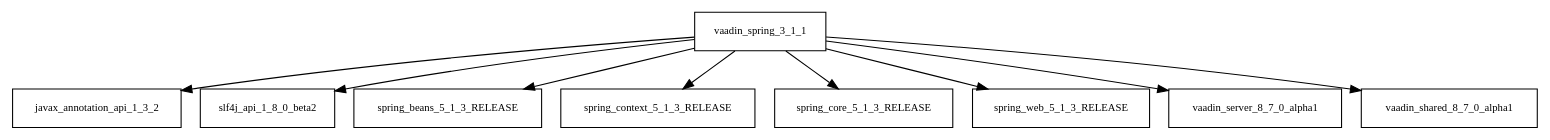
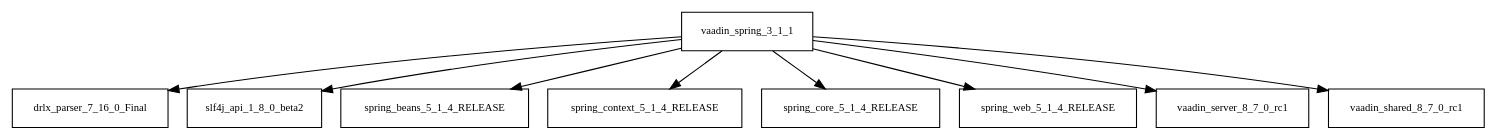
One commit to Hack23/cia changed the diagram in tattleTaleReport/graphviz/vaadin-spring-3.1.1.jar/vaadin-spring-3.1.1.jar.dot. Above: the diagram before and after it, drawn with Graphviz. The commit also changed 4761 other files, not shown here.

```diff
--- a/tattleTaleReport/graphviz/vaadin-spring-3.1.1.jar/vaadin-spring-3.1.1.jar.dot
+++ b/tattleTaleReport/graphviz/vaadin-spring-3.1.1.jar/vaadin-spring-3.1.1.jar.dot
@@ -1,11 +1,11 @@
 digraph vaadin_spring_3_1_1_dependencies {
   node [shape = box, fontsize=10.0];
-  vaadin_spring_3_1_1 -> javax_annotation_api_1_3_2;
+  vaadin_spring_3_1_1 -> drlx_parser_7_16_0_Final;
   vaadin_spring_3_1_1 -> slf4j_api_1_8_0_beta2;
-  vaadin_spring_3_1_1 -> spring_beans_5_1_3_RELEASE;
-  vaadin_spring_3_1_1 -> spring_context_5_1_3_RELEASE;
-  vaadin_spring_3_1_1 -> spring_core_5_1_3_RELEASE;
-  vaadin_spring_3_1_1 -> spring_web_5_1_3_RELEASE;
-  vaadin_spring_3_1_1 -> vaadin_server_8_7_0_alpha1;
-  vaadin_spring_3_1_1 -> vaadin_shared_8_7_0_alpha1;
+  vaadin_spring_3_1_1 -> spring_beans_5_1_4_RELEASE;
+  vaadin_spring_3_1_1 -> spring_context_5_1_4_RELEASE;
+  vaadin_spring_3_1_1 -> spring_core_5_1_4_RELEASE;
+  vaadin_spring_3_1_1 -> spring_web_5_1_4_RELEASE;
+  vaadin_spring_3_1_1 -> vaadin_server_8_7_0_rc1;
+  vaadin_spring_3_1_1 -> vaadin_shared_8_7_0_rc1;
 }
```
